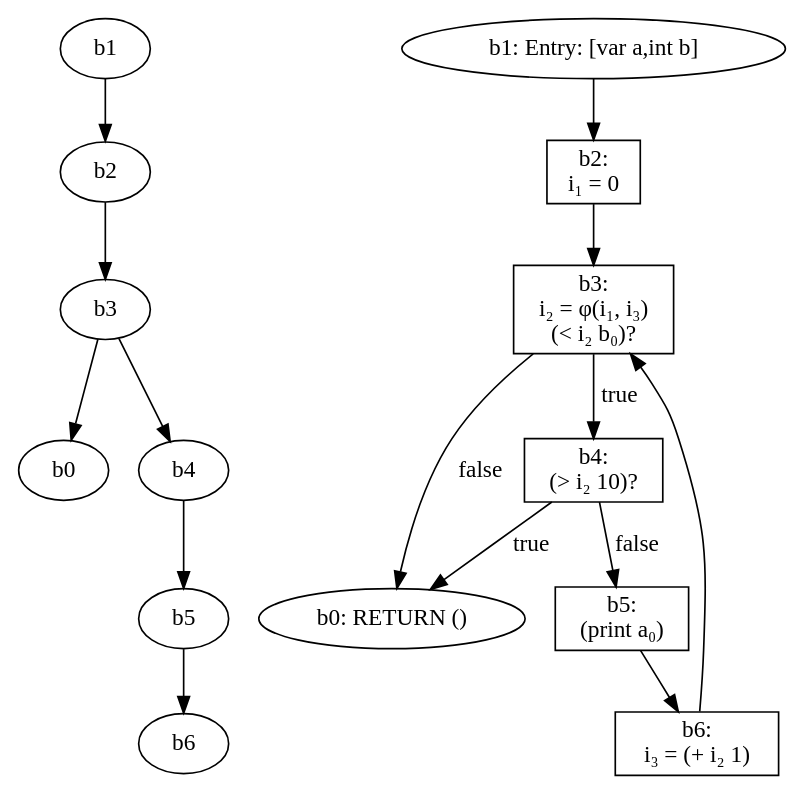
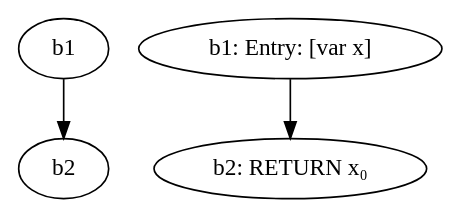
Before and after one commit to leorigon/TE-Infer-SSA: the diagram in out.dot, drawn with Graphviz. The commit also changed 13 other files, not shown here.

```diff
--- a/out.dot
+++ b/out.dot
@@ -1,30 +1,8 @@
 digraph g {
-  d0 [label=b0];
-  d3 -> d0;
-  b0 [label="b0: RETURN ()"];
   d1 [label=b1];
-  b1 [label="b1: Entry: [var a,int b]"];
+  b1 [label="b1: Entry: [var x]"];
   b1 -> b2;
   d2 [label=b2];
   d1 -> d2;
-  b3 [shape=box, label="b3:\ni₂ = φ(i₁, i₃)\n(< i₂ b₀)?"];
-  b3 -> b4 [label=true];
-  b3 -> b0 [label=false];
-  d3 [label=b3];
-  d2 -> d3;
-  b2 [shape=box, label="b2:\ni₁ = 0"];
-  b2 -> b3;
-  d4 [label=b4];
-  d3 -> d4;
-  b4 [shape=box, label="b4:\n(> i₂ 10)?"];
-  b4 -> b0 [label=true];
-  b4 -> b5 [label=false];
-  d5 [label=b5];
-  d4 -> d5;
-  b5 [shape=box, label="b5:\n(print a₀)"];
-  b5 -> b6;
-  d6 [label=b6];
-  d5 -> d6;
-  b6 [shape=box, label="b6:\ni₃ = (+ i₂ 1)"];
-  b6 -> b3;
+  b2 [label="b2: RETURN x₀"];
 }
```
